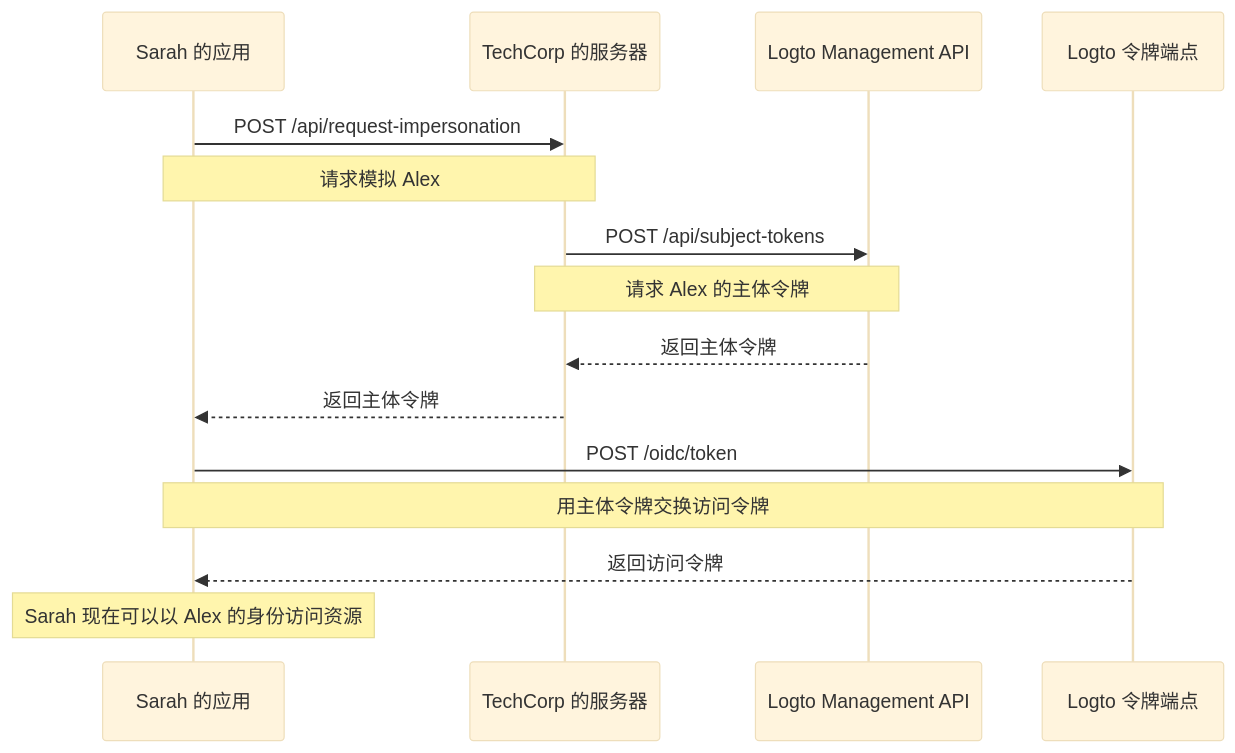
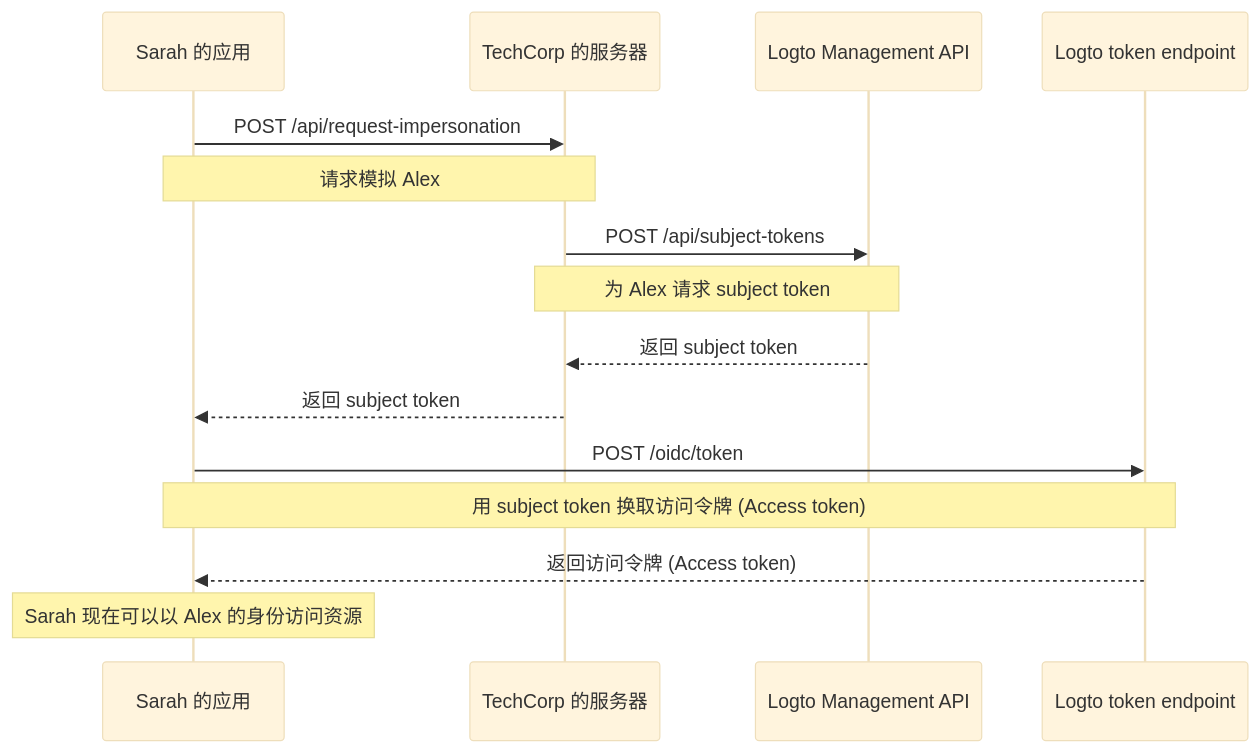
The diagram in i18n/zh-CN/docusaurus-plugin-content-docs/current/developers/user-impersonation.mdx (logto-io/docs), drawn with Mermaid (base theme) before and after one commit. The commit also changed other lines of this file and 233 other files, not shown here.

````diff
--- a/i18n/zh-CN/docusaurus-plugin-content-docs/current/developers/user-impersonation.mdx
+++ b/i18n/zh-CN/docusaurus-plugin-content-docs/current/developers/user-impersonation.mdx
@@ -16,22 +16,22 @@
 ```mermaid
 sequenceDiagram
     participant Sarah as Sarah 的应用
     participant TechCorp as TechCorp 的服务器
     participant Logto as Logto Management API
-    participant LogtoToken as Logto 令牌端点
+    participant LogtoToken as Logto token endpoint
 
     Sarah->>TechCorp: POST /api/request-impersonation
     Note over Sarah,TechCorp: 请求模拟 Alex
 
     TechCorp->>Logto: POST /api/subject-tokens
-    Note over TechCorp,Logto: 请求 Alex 的主体令牌
+    Note over TechCorp,Logto: 为 Alex 请求 subject token
 
-    Logto-->>TechCorp: 返回主体令牌
-    TechCorp-->>Sarah: 返回主体令牌
+    Logto-->>TechCorp: 返回 subject token
+    TechCorp-->>Sarah: 返回 subject token
 
     Sarah->>LogtoToken: POST /oidc/token
-    Note over Sarah,LogtoToken: 用主体令牌交换访问令牌
+    Note over Sarah,LogtoToken: 用 subject token 换取访问令牌 (Access token)
 
-    LogtoToken-->>Sarah: 返回访问令牌
+    LogtoToken-->>Sarah: 返回访问令牌 (Access token)
     Note over Sarah: Sarah 现在可以以 Alex 的身份访问资源
 ```
````
